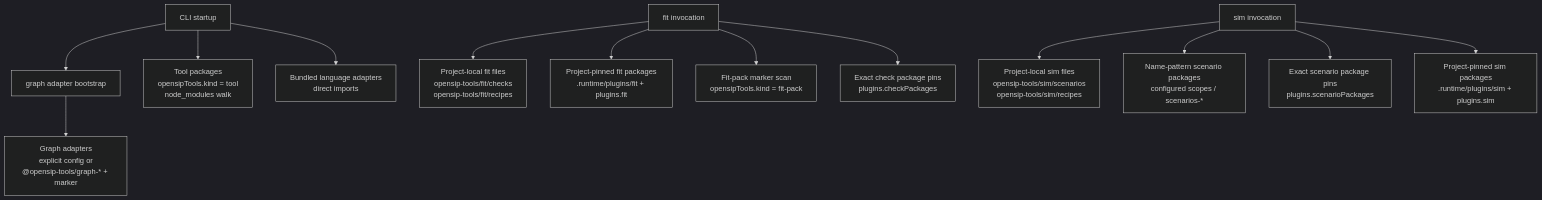
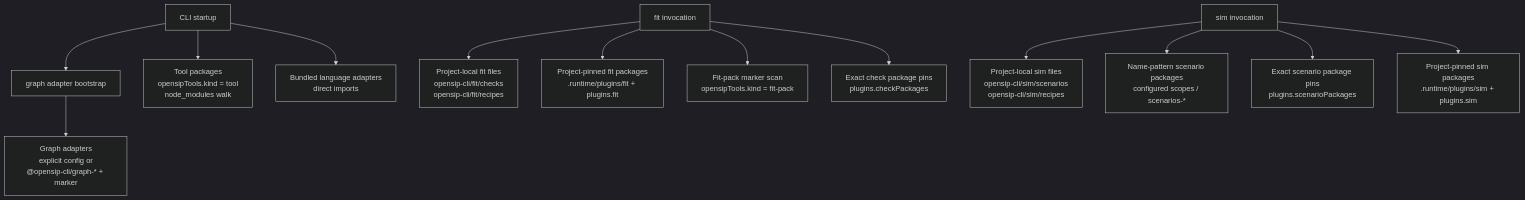
Before and after one commit to opensip-ai/opensip-cli: the diagram in docs/public/80-implementation/02-plugin-loader.md, drawn with Mermaid (dark theme). The commit also changed other lines of this file and 1326 other files, not shown here.

````diff
--- a/docs/public/80-implementation/02-plugin-loader.md
+++ b/docs/public/80-implementation/02-plugin-loader.md
@@ -46,36 +46,36 @@
 ```mermaid
 flowchart TB
   Startup["CLI startup"]
   FitRun["fit invocation"]
   SimRun["sim invocation"]
   GraphStartup["graph adapter bootstrap"]
 
   Tools["Tool packages<br/>opensipTools.kind = tool<br/>node_modules walk"]
   Languages["Bundled language adapters<br/>direct imports"]
-  GraphAdapters["Graph adapters<br/>explicit config or<br/>@opensip-tools/graph-* + marker"]
+  GraphAdapters["Graph adapters<br/>explicit config or<br/>@opensip-cli/graph-* + marker"]
 
-  FitLocal["Project-local fit files<br/>opensip-tools/fit/checks<br/>opensip-tools/fit/recipes"]
+  FitLocal["Project-local fit files<br/>opensip-cli/fit/checks<br/>opensip-cli/fit/recipes"]
   FitPinned["Project-pinned fit packages<br/>.runtime/plugins/fit + plugins.fit"]
   FitMarker["Fit-pack marker scan<br/>opensipTools.kind = fit-pack"]
   FitExact["Exact check package pins<br/>plugins.checkPackages"]
 
-  SimLocal["Project-local sim files<br/>opensip-tools/sim/scenarios<br/>opensip-tools/sim/recipes"]
+  SimLocal["Project-local sim files<br/>opensip-cli/sim/scenarios<br/>opensip-cli/sim/recipes"]
   SimPattern["Name-pattern scenario packages<br/>configured scopes / scenarios-*"]
   SimExact["Exact scenario package pins<br/>plugins.scenarioPackages"]
   SimPinned["Project-pinned sim packages<br/>.runtime/plugins/sim + plugins.sim"]
 
   Startup --> Tools
   Startup --> Languages
   Startup --> GraphStartup
   GraphStartup --> GraphAdapters
 
   FitRun --> FitLocal
   FitRun --> FitPinned
   FitRun --> FitMarker
   FitRun --> FitExact
 
   SimRun --> SimLocal
   SimRun --> SimPattern
   SimRun --> SimExact
   SimRun --> SimPinned
 ```
````
